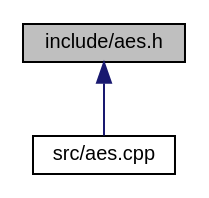
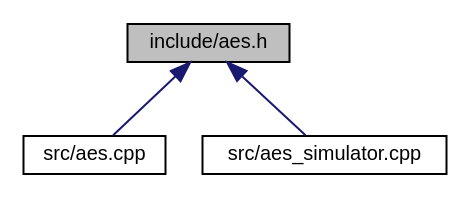
Before and after one commit to Eric-Durr/PRCT06-AES: the diagram in docs/aes_8h__dep__incl.dot, drawn with Graphviz. The commit also changed 153 other files, not shown here.

```diff
--- a/docs/aes_8h__dep__incl.dot
+++ b/docs/aes_8h__dep__incl.dot
@@ -1,8 +1,11 @@
 digraph "include/aes.h"
 {
+ // LATEX_PDF_SIZE
   edge [fontname="Helvetica",fontsize="10",labelfontname="Helvetica",labelfontsize="10"];
   node [fontname="Helvetica",fontsize="10",shape=record];
-  Node4 [label="include/aes.h",height=0.2,width=0.4,color="black", fillcolor="grey75", style="filled", fontcolor="black"];
-  Node4 -> Node5 [dir="back",color="midnightblue",fontsize="10",style="solid",fontname="Helvetica"];
-  Node5 [label="src/aes.cpp",height=0.2,width=0.4,color="black", fillcolor="white", style="filled",URL="$aes_8cpp.html"];
+  Node1 [label="include/aes.h",height=0.2,width=0.4,color="black", fillcolor="grey75", style="filled", fontcolor="black",tooltip=" "];
+  Node1 -> Node2 [dir="back",color="midnightblue",fontsize="10",style="solid",fontname="Helvetica"];
+  Node2 [label="src/aes.cpp",height=0.2,width=0.4,color="black", fillcolor="white", style="filled",URL="$aes_8cpp.html",tooltip=" "];
+  Node1 -> Node3 [dir="back",color="midnightblue",fontsize="10",style="solid",fontname="Helvetica"];
+  Node3 [label="src/aes_simulator.cpp",height=0.2,width=0.4,color="black", fillcolor="white", style="filled",URL="$aes__simulator_8cpp.html",tooltip=" "];
 }
```
